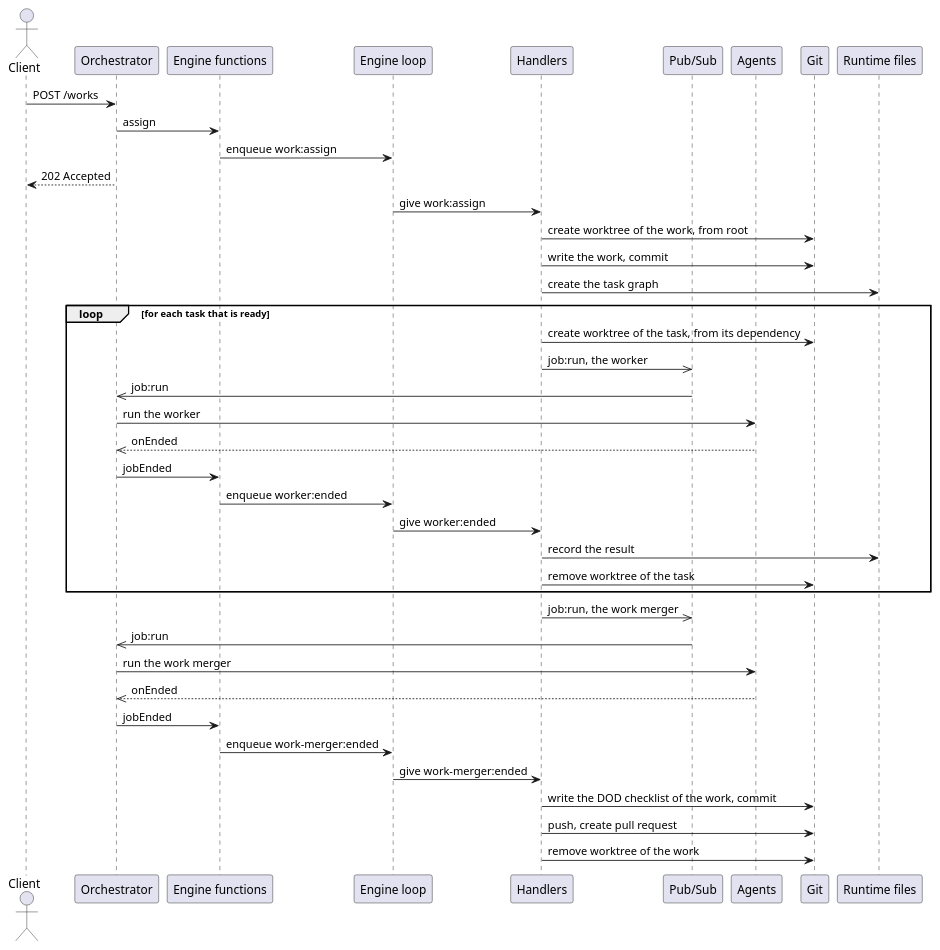
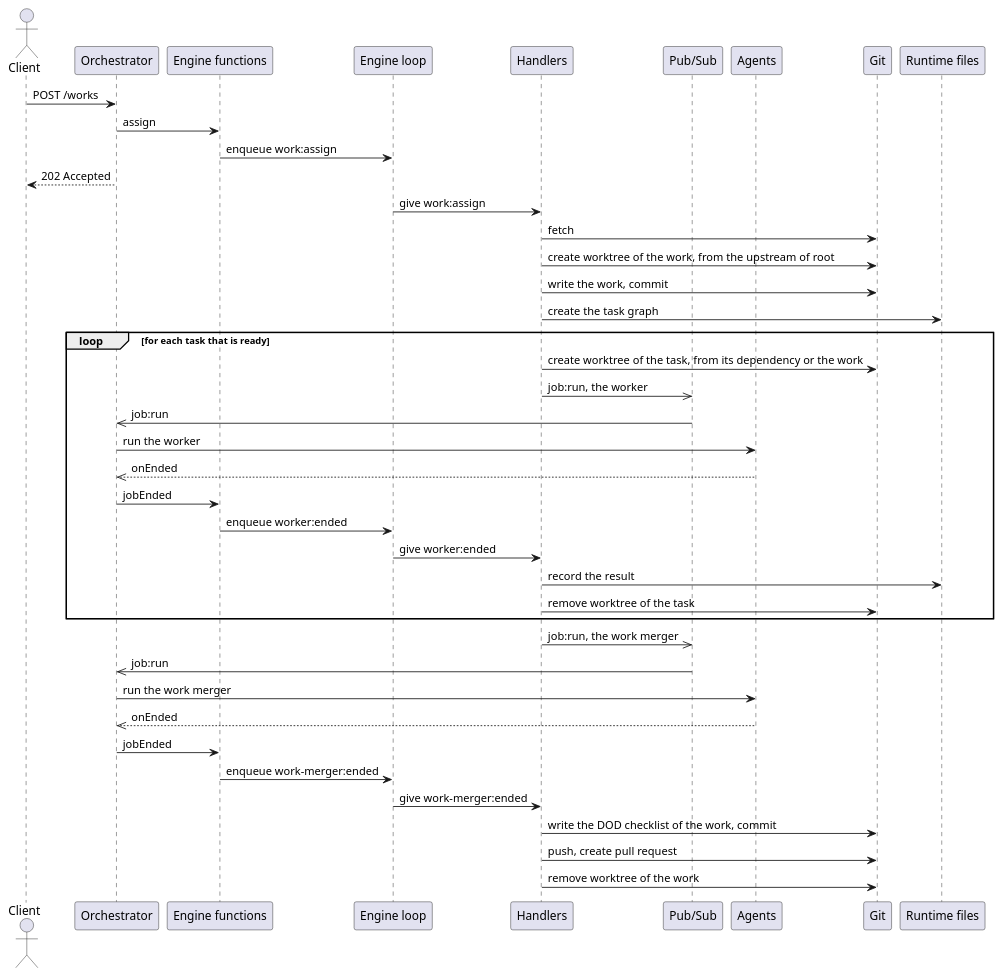
One commit to longlh/superteam changed the first of 4 diagrams in docs/06_runtime/action-flow.md. Above: the diagram before and after it, drawn with PlantUML. The commit also changed other lines of this file and 32 other files, not shown here.

First line of the commit message:
Read the root branch from its upstream, and never write to the local one

````diff
--- a/docs/06_runtime/action-flow.md
+++ b/docs/06_runtime/action-flow.md
@@ -66,44 +68,45 @@
 ```plantuml
 @startuml
 actor Client
 participant "Orchestrator" as Orch
 participant "Engine functions" as Fn
 participant "Engine loop" as EL
 participant "Handlers" as Handler
 participant "Pub/Sub" as PS
 participant "Agents" as Agents
 participant Git
 participant "Runtime files" as Runtime
 
 Client -> Orch : POST /works
 Orch -> Fn : assign
 Fn -> EL : enqueue work:assign
 Orch --> Client : 202 Accepted
 EL -> Handler : give work:assign
-Handler -> Git : create worktree of the work, from root
+Handler -> Git : fetch
+Handler -> Git : create worktree of the work, from the upstream of root
 Handler -> Git : write the work, commit
 Handler -> Runtime : create the task graph
 loop for each task that is ready
-  Handler -> Git : create worktree of the task, from its dependency
+  Handler -> Git : create worktree of the task, from its dependency or the work
   Handler ->> PS : job:run, the worker
   PS ->> Orch : job:run
   Orch -> Agents : run the worker
   Agents -->> Orch : onEnded
   Orch -> Fn : jobEnded
   Fn -> EL : enqueue worker:ended
   EL -> Handler : give worker:ended
   Handler -> Runtime : record the result
   Handler -> Git : remove worktree of the task
 end
 Handler ->> PS : job:run, the work merger
 PS ->> Orch : job:run
 Orch -> Agents : run the work merger
 Agents -->> Orch : onEnded
 Orch -> Fn : jobEnded
 Fn -> EL : enqueue work-merger:ended
 EL -> Handler : give work-merger:ended
 Handler -> Git : write the DOD checklist of the work, commit
 Handler -> Git : push, create pull request
 Handler -> Git : remove worktree of the work
 @enduml
 ```
````
